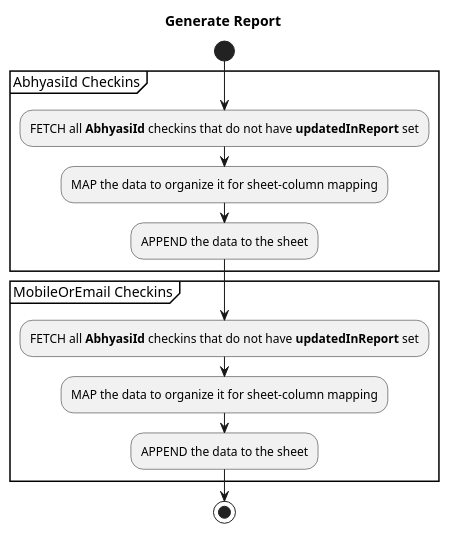
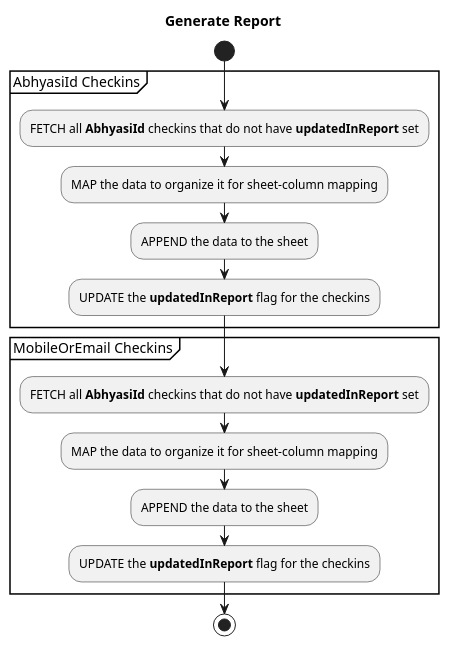
Before and after one commit to appsparkler/my-rush-stack: the diagram in hfn-checkins/report-generator/src/scripts/generateReport/generateReport.puml, drawn with PlantUML. The commit also changed 22 other files, not shown here.

```diff
--- a/hfn-checkins/report-generator/src/scripts/generateReport/generateReport.puml
+++ b/hfn-checkins/report-generator/src/scripts/generateReport/generateReport.puml
@@ -1,15 +1,17 @@
 @startuml Generate Report
 title Generate Report
 start
 group AbhyasiId Checkins
   :FETCH all **AbhyasiId** checkins that do not have **updatedInReport** set;
   :MAP the data to organize it for sheet-column mapping;
   :APPEND the data to the sheet;
+  :UPDATE the **updatedInReport** flag for the checkins;
 end group
 group MobileOrEmail Checkins
   :FETCH all **AbhyasiId** checkins that do not have **updatedInReport** set;
   :MAP the data to organize it for sheet-column mapping;
   :APPEND the data to the sheet;
+  :UPDATE the **updatedInReport** flag for the checkins;
 end group
 stop
 @enduml
```
